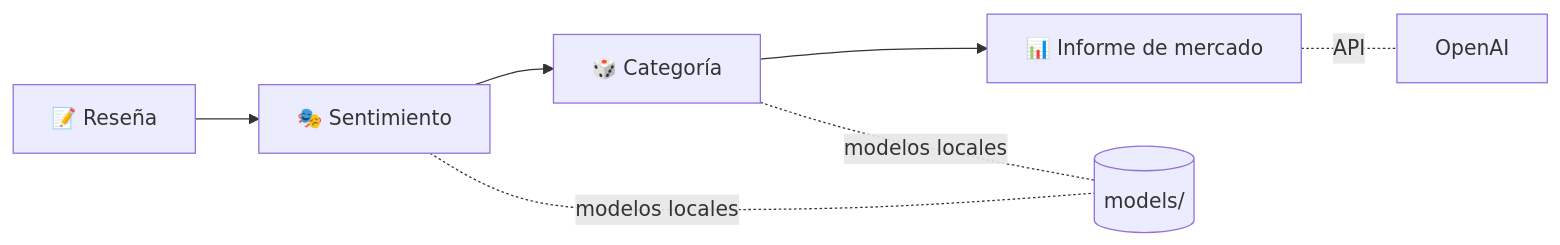
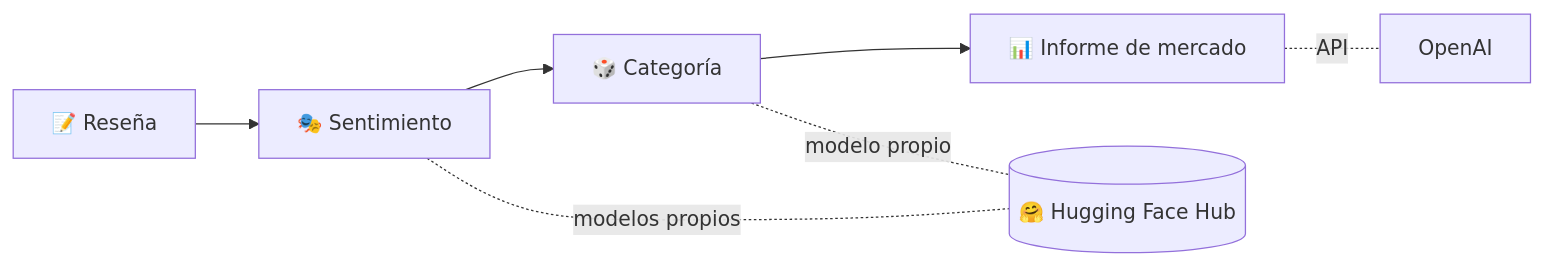
Before and after one commit to ashishsantikari/project-amazon-review-classifier-nlp-ai: the diagram in README.md, drawn with Mermaid. The commit also changed other lines of this file, not shown here.

Commit message:
docs: simplify setup to clone + compose, document models and training

````diff
--- a/README.md
+++ b/README.md
@@ -28,9 +28,9 @@
 ```mermaid
 flowchart LR
     A[📝 Reseña] --> B[🎭 Sentimiento]
     B --> C[🎲 Categoría]
     C --> D[📊 Informe de mercado]
-    B -. modelos locales .- M[(models/)]
-    C -. modelos locales .- M
+    B -. modelos propios .- H[(🤗 Hugging Face Hub)]
+    C -. modelo propio .- H
     D -. API .- O[OpenAI]
 ```
````
